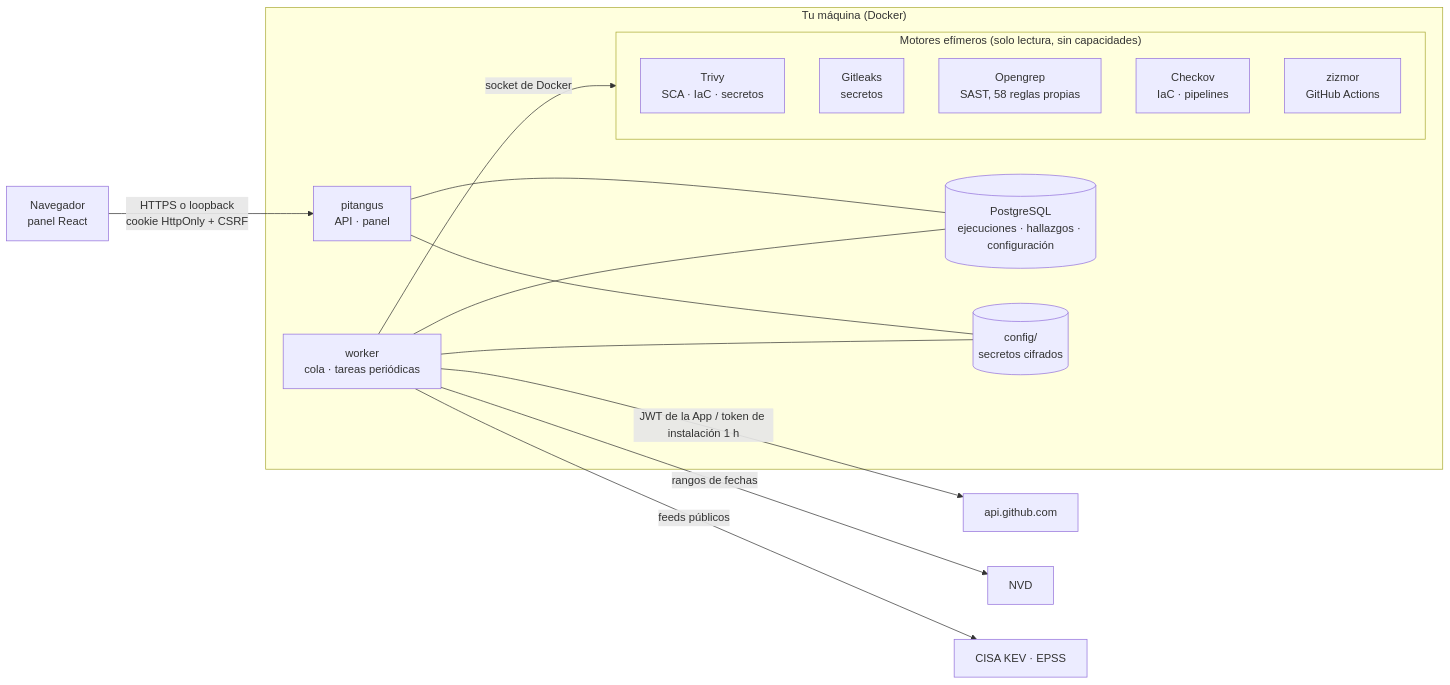
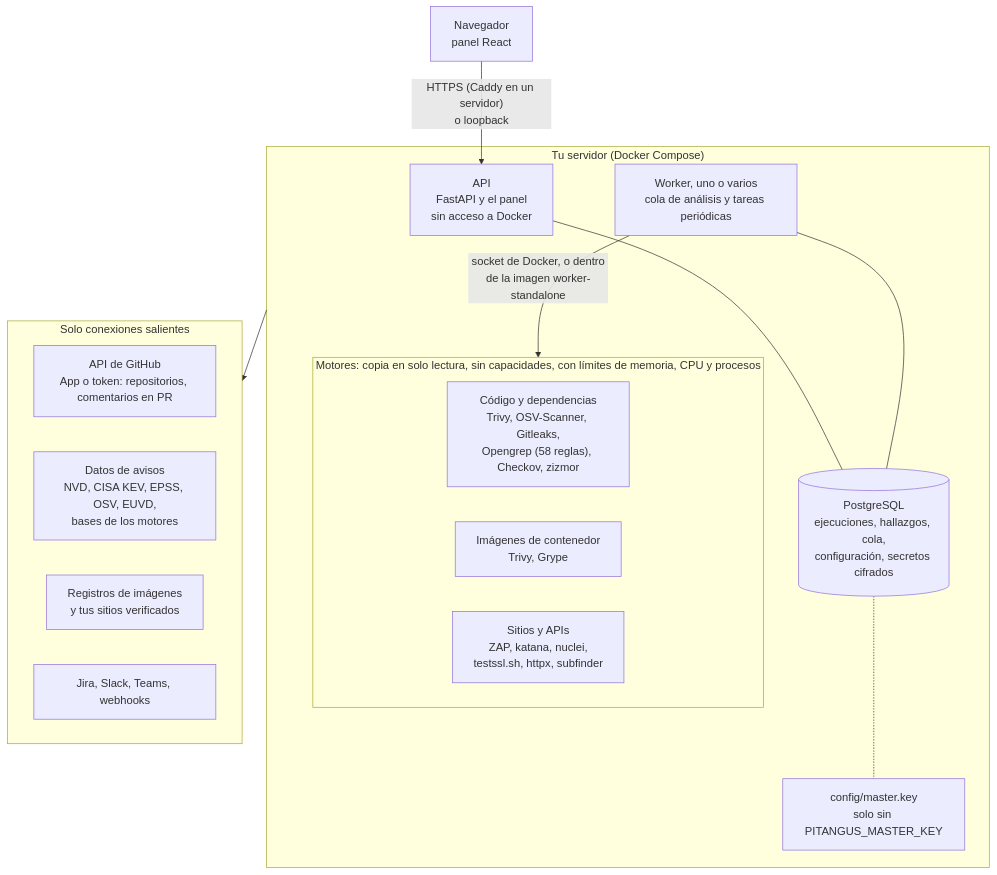
One commit to Pitangus-Dev/pitangus changed the diagram in docs/es/arquitectura.md. Above: the diagram before and after it, drawn with Mermaid. The commit also changed other lines of this file and 140 other files, not shown here.

````diff
--- a/docs/es/arquitectura.md
+++ b/docs/es/arquitectura.md
@@ -10,27 +12,31 @@
 ```mermaid
-flowchart LR
-  browser["Navegador<br/>panel React"] -- "HTTPS o loopback<br/>cookie HttpOnly + CSRF" --> api
+flowchart TB
+  browser["Navegador<br/>panel React"]
 
-  subgraph host["Tu máquina (Docker)"]
-    api["pitangus<br/>API · panel"]
-    worker["worker<br/>cola · tareas periódicas"]
-    db[("PostgreSQL<br/>ejecuciones · hallazgos · configuración")]
+  subgraph host["Tu servidor (Docker Compose)"]
+    api["API<br/>FastAPI y el panel<br/>sin acceso a Docker"]
+    db[("PostgreSQL<br/>ejecuciones, hallazgos, cola,<br/>configuración, secretos cifrados")]
+    worker["Worker, uno o varios<br/>cola de análisis y tareas periódicas"]
+    key["config/master.key<br/>solo sin PITANGUS_MASTER_KEY"]
     api --- db
     worker --- db
-    worker -- "socket de Docker" --> engines
-    subgraph engines["Motores efímeros (solo lectura, sin capacidades)"]
-      trivy["Trivy<br/>SCA · IaC · secretos"]
-      gitleaks["Gitleaks<br/>secretos"]
-      opengrep["Opengrep<br/>SAST, 58 reglas propias"]
-      checkov["Checkov<br/>IaC · pipelines"]
-      zizmor["zizmor<br/>GitHub Actions"]
+    db -.- key
+    subgraph engines["Motores: copia en solo lectura, sin capacidades, con límites de memoria, CPU y procesos"]
+      code["Código y dependencias<br/>Trivy, OSV-Scanner, Gitleaks,<br/>Opengrep (58 reglas), Checkov, zizmor"]
+      images["Imágenes de contenedor<br/>Trivy, Grype"]
+      web["Sitios y APIs<br/>ZAP, katana, nuclei,<br/>testssl.sh, httpx, subfinder"]
     end
-    config[("config/<br/>secretos cifrados")]
-    api --- config
-    worker --- config
+    worker -- "socket de Docker, o dentro<br/>de la imagen worker-standalone" --> engines
   end
 
-  worker -- "JWT de la App / token de instalación 1 h" --> github["api.github.com"]
-  worker -- "rangos de fechas" --> nvd["NVD"]
-  worker -- "feeds públicos" --> feeds["CISA KEV · EPSS"]
+  browser -- "HTTPS (Caddy en un servidor)<br/>o loopback" --> api
+
+  subgraph outbound["Solo conexiones salientes"]
+    github["API de GitHub<br/>App o token: repositorios, comentarios en PR"]
+    feeds["Datos de avisos<br/>NVD, CISA KEV, EPSS, OSV, EUVD,<br/>bases de los motores"]
+    targets["Registros de imágenes<br/>y tus sitios verificados"]
+    notify["Jira, Slack, Teams, webhooks"]
+  end
+
+  host --> outbound
 ```
````
